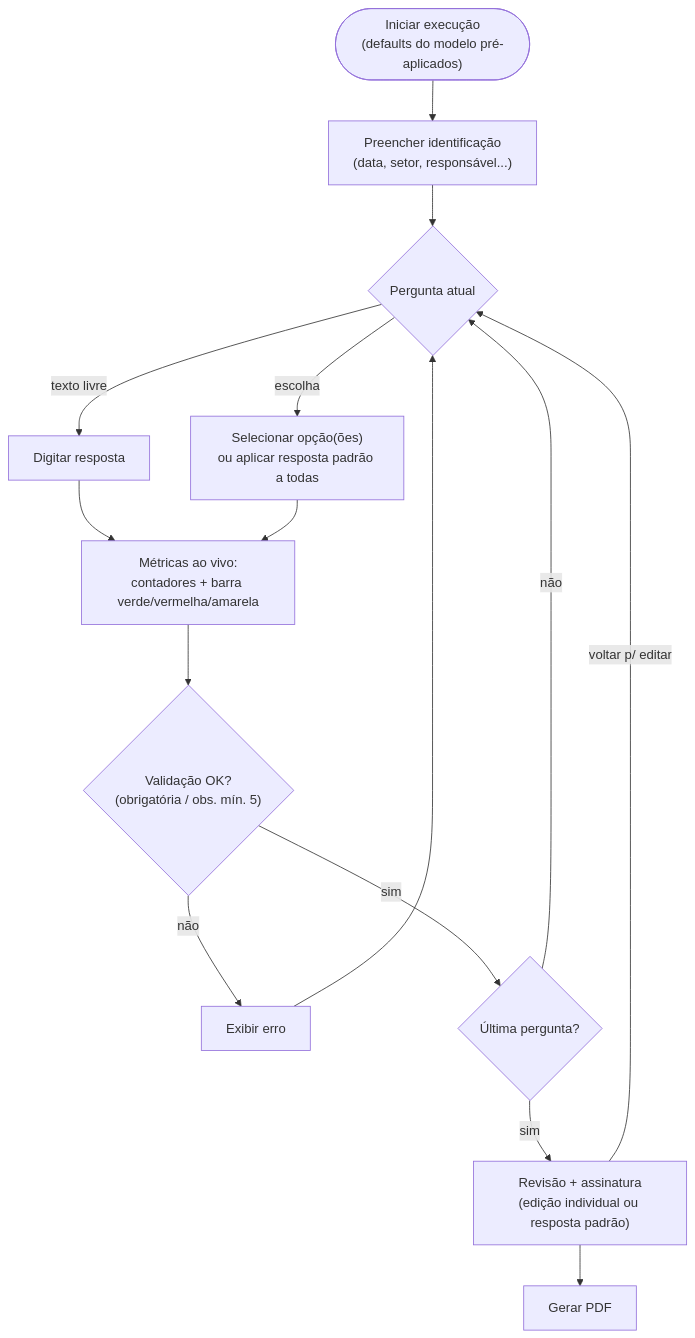
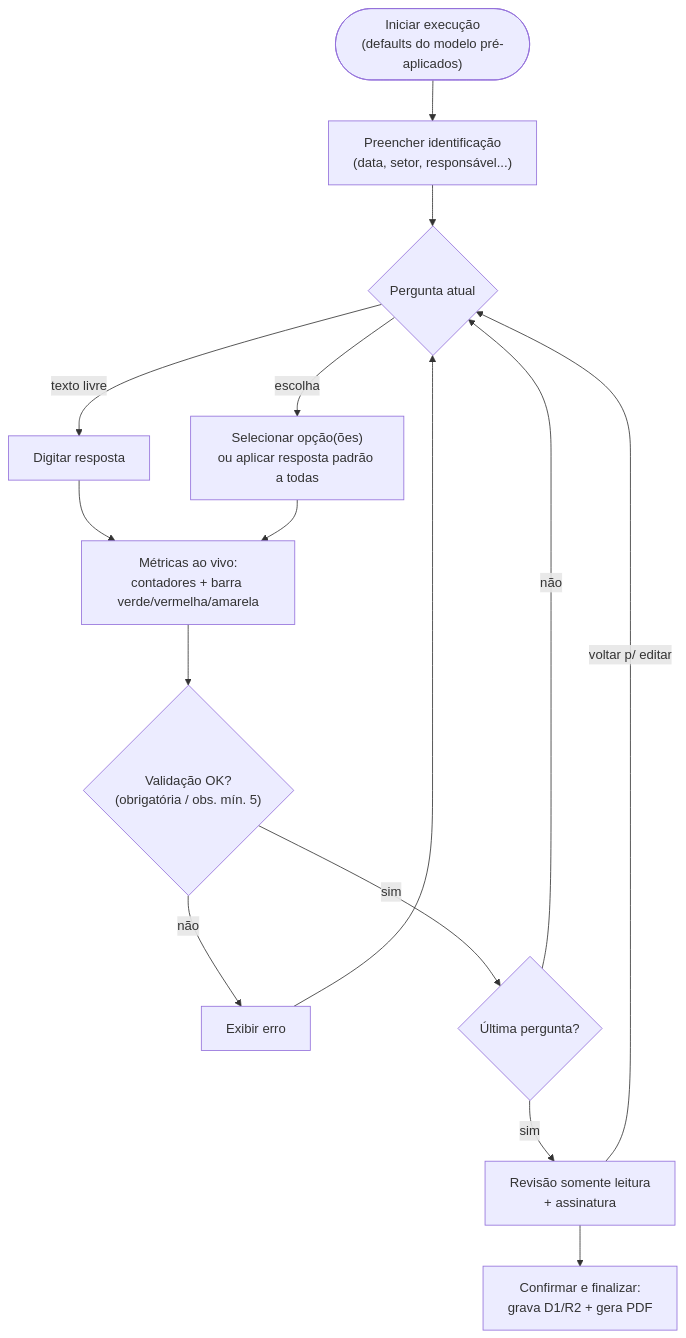
One commit to teonett/gerador_conferencia_p0l4r1s changed the second of 6 diagrams in README.md. Above: the diagram before and after it, drawn with Mermaid. The commit also changed other lines of this file and 4 other files, not shown here.

````diff
--- a/README.md
+++ b/README.md
@@ -163,16 +174,16 @@
 ```mermaid
 flowchart TD
     A(["Iniciar execução<br/>(defaults do modelo pré-aplicados)"]) --> B["Preencher identificação<br/>(data, setor, responsável...)"]
     B --> C{"Pergunta atual"}
     C -->|texto livre| D["Digitar resposta"]
     C -->|escolha| E["Selecionar opção(ões)<br/>ou aplicar resposta padrão a todas"]
     D --> F["Métricas ao vivo:<br/>contadores + barra verde/vermelha/amarela"]
     E --> F
     F --> G{"Validação OK?<br/>(obrigatória / obs. mín. 5)"}
     G -->|não| H["Exibir erro"] --> C
     G -->|sim| I{"Última pergunta?"}
     I -->|não| C
-    I -->|sim| J["Revisão + assinatura<br/>(edição individual ou resposta padrão)"]
-    J --> K["Gerar PDF"]
+    I -->|sim| J["Revisão somente leitura<br/>+ assinatura"]
+    J --> K["Confirmar e finalizar:<br/>grava D1/R2 + gera PDF"]
     J -->|voltar p/ editar| C
 ```
````
